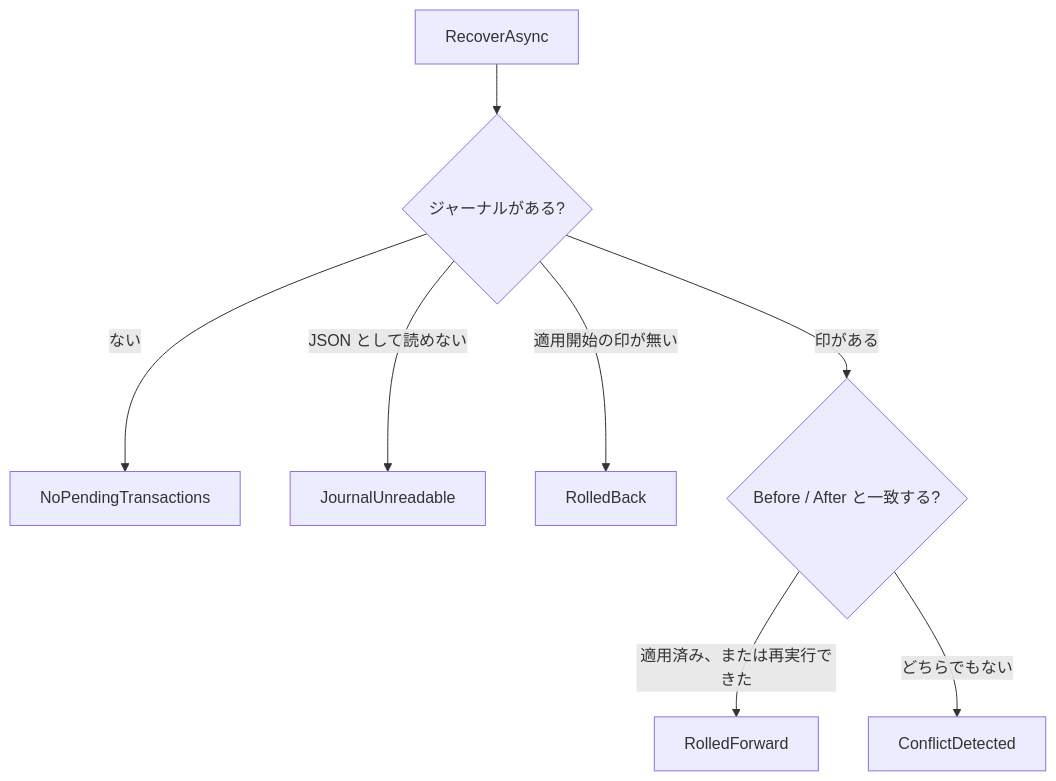
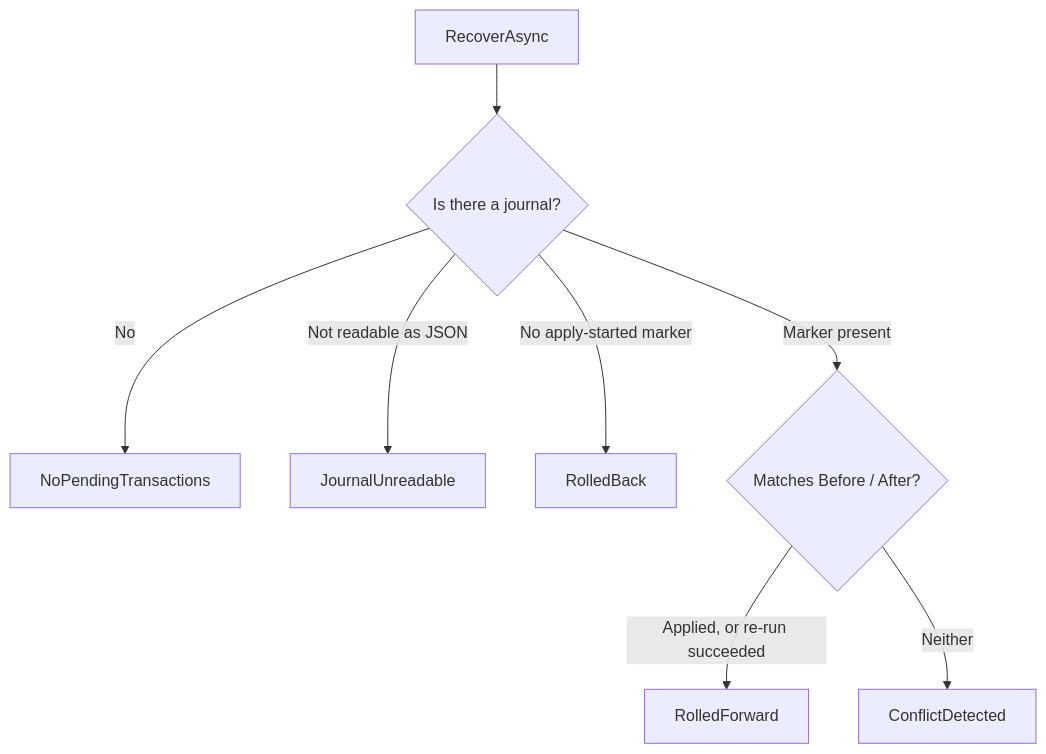
Before and after one commit to YUKIKEDA/Txfio: the second of 15 diagrams in README.md, drawn with Mermaid. The commit also changed other lines of this file and 218 other files, not shown here.

````diff
--- a/README.md
+++ b/README.md
@@ -146,10 +148,10 @@
 ```mermaid
 flowchart TD
-  call["RecoverAsync"] --> has{"ジャーナルがある?"}
-  has -->|ない| none["NoPendingTransactions"]
-  has -->|JSON として読めない| unreadable["JournalUnreadable"]
-  has -->|適用開始の印が無い| back["RolledBack"]
-  has -->|印がある| match{"Before / After と一致する?"}
-  match -->|適用済み、または再実行できた| forward["RolledForward"]
-  match -->|どちらでもない| conflict["ConflictDetected"]
+  call["RecoverAsync"] --> has{"Is there a journal?"}
+  has -->|No| none["NoPendingTransactions"]
+  has -->|Not readable as JSON| unreadable["JournalUnreadable"]
+  has -->|No apply-started marker| back["RolledBack"]
+  has -->|Marker present| match{"Matches Before / After?"}
+  match -->|Applied, or re-run succeeded| forward["RolledForward"]
+  match -->|Neither| conflict["ConflictDetected"]
 ```
````
